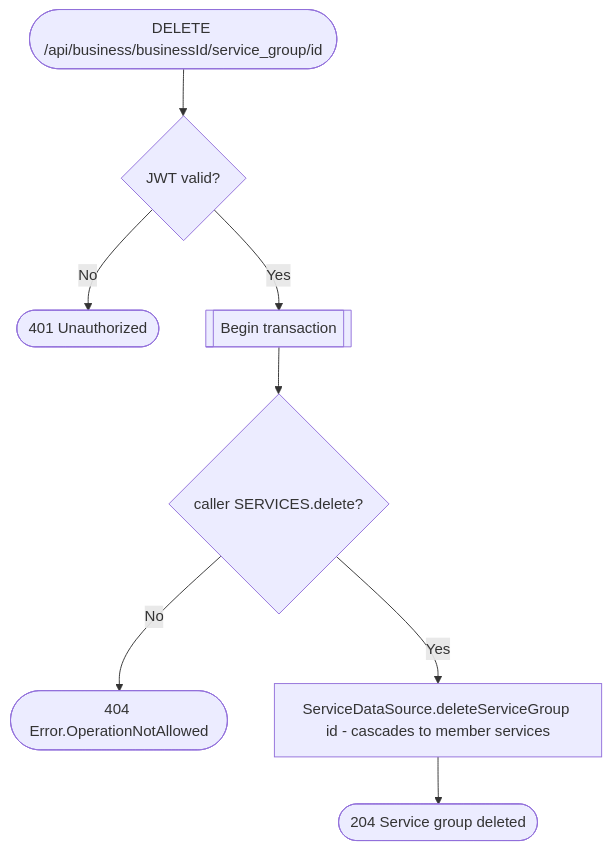
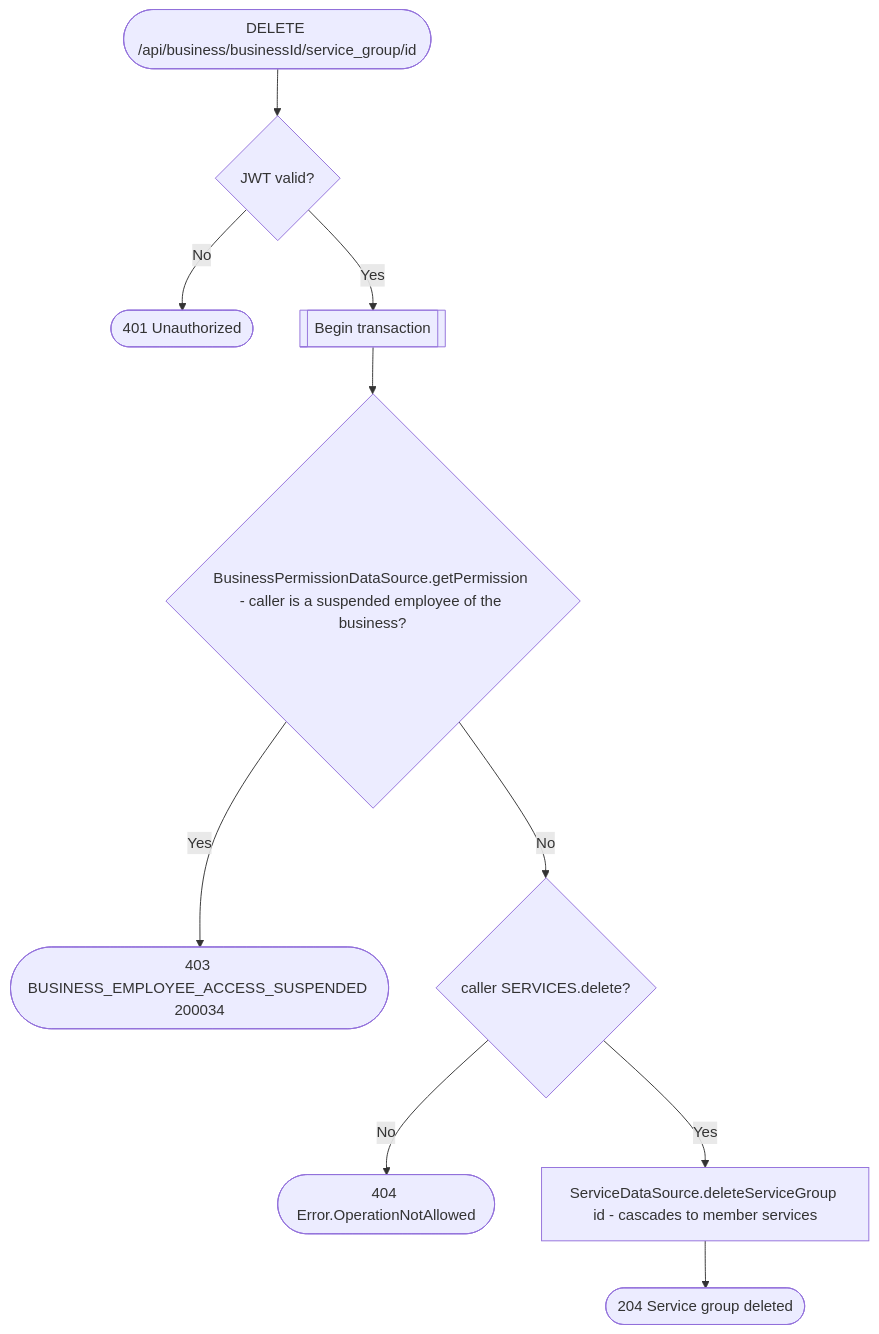
Before and after one commit to an22/bookk.me-backend: the diagram in docs/operations/business/delete-service-group.md, drawn with Mermaid. The commit also changed 65 other files, not shown here.

````diff
--- a/docs/operations/business/delete-service-group.md
+++ b/docs/operations/business/delete-service-group.md
@@ -8,10 +8,12 @@
 ```mermaid
 flowchart TD
     Start([DELETE /api/business/businessId/service_group/id]) --> Auth{JWT valid?}
     Auth -- No --> R401([401 Unauthorized])
     Auth -- Yes --> Tx[[Begin transaction]]
-    Tx --> Perm{caller SERVICES.delete?}
+    Tx --> Suspended{BusinessPermissionDataSource.getPermission - caller is a suspended employee of the business?}
+    Suspended -- Yes --> R403s([403 BUSINESS_EMPLOYEE_ACCESS_SUSPENDED 200034])
+    Suspended -- No --> Perm{caller SERVICES.delete?}
     Perm -- No --> R404([404 Error.OperationNotAllowed])
     Perm -- Yes --> Delete[ServiceDataSource.deleteServiceGroup id - cascades to member services]
     Delete --> R204([204 Service group deleted])
 ```
````
